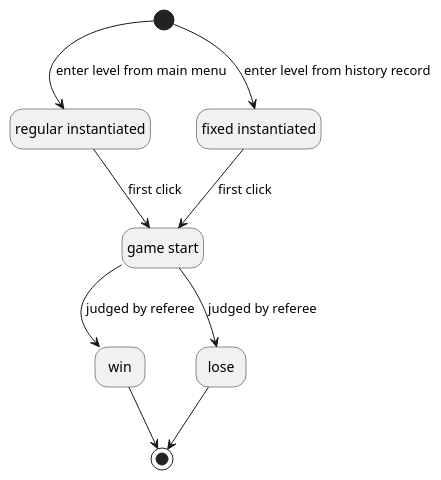
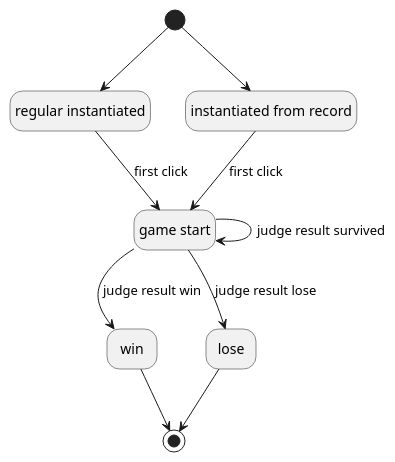
Before and after one commit to SnekTech/SnekSweeper: the diagram in src/SnekSweeperCore/Diagrams/grid-state.puml, drawn with PlantUML. The commit also changed 16 other files, not shown here.

```diff
--- a/src/SnekSweeperCore/Diagrams/grid-state.puml
+++ b/src/SnekSweeperCore/Diagrams/grid-state.puml
@@ -1,24 +1,25 @@
 @startuml
 'https://plantuml.com/state-diagram
 
 hide empty description
 
 state "regular instantiated" as regularInstantiated
-state "fixed instantiated" as fixedInstantiated
+state "instantiated from record" as instantiatedFromRecord
 state "game start" as gameStart
 state win
 state lose
 
-[*] --> regularInstantiated : enter level from main menu
-[*] --> fixedInstantiated : enter level from history record
+[*] --> regularInstantiated
+[*] --> instantiatedFromRecord 
 
 regularInstantiated --> gameStart : first click
-fixedInstantiated --> gameStart : first click
+instantiatedFromRecord --> gameStart : first click
 
-gameStart --> win : judged by referee
-gameStart --> lose : judged by referee
+gameStart --> gameStart : judge result survived
+gameStart --> win : judge result win
+gameStart --> lose : judge result lose
 
 win --> [*]
 lose --> [*]
 
 @enduml
```
